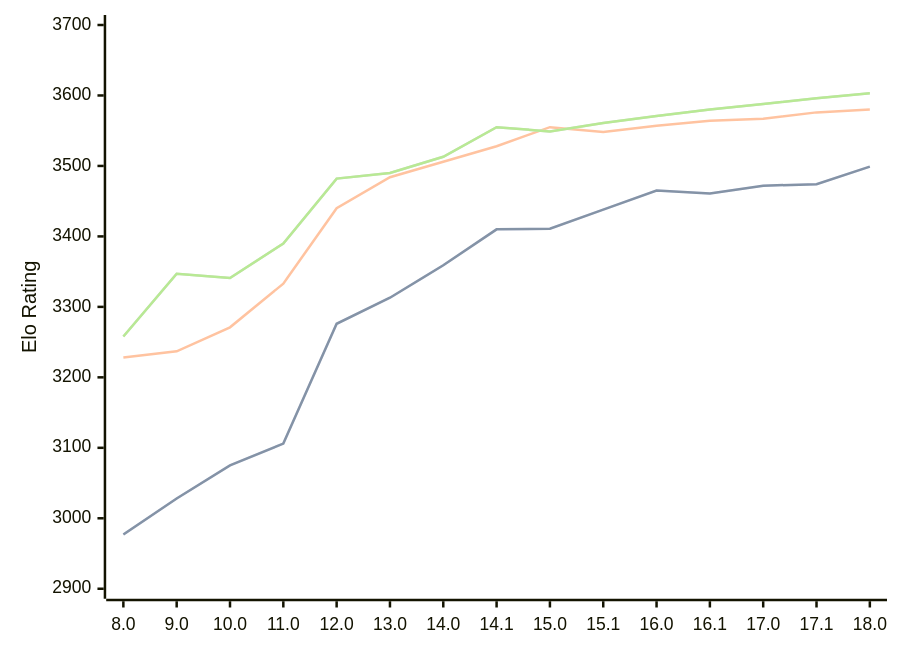
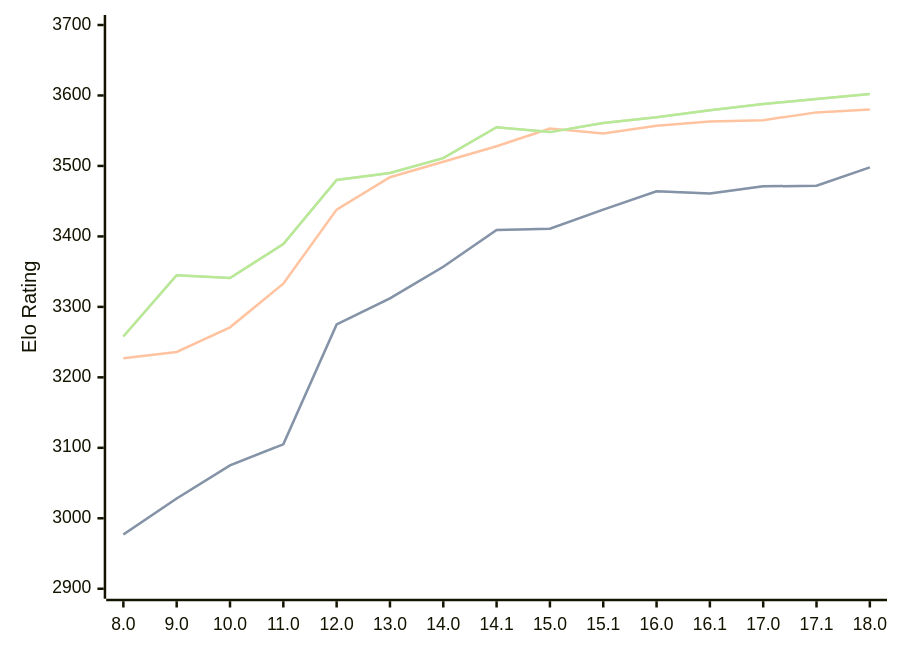
The diagram in engines/Stockfish.md (computer-chess-index/cci), drawn with Mermaid before and after one commit. The commit also changed other lines of this file, not shown here.

Commit message:
Update CCI Ratings (ELO VLTC) - 2026-08-03

````diff
--- a/engines/Stockfish.md
+++ b/engines/Stockfish.md
@@ -46,11 +46,11 @@
 ```mermaid
 %%{init: {"theme":"base","themeVariables":{"seriesColors:['#a3a3a3','#222221','#faa371']}}}%%
 xychart-beta
   x-axis ["8.0", "9.0", "10.0", "11.0", "12.0", "13.0", "14.0", "14.1", "15.0", "15.1", "16.0", "16.1", "17.0", "17.1", "18.0"]
   y-axis "Elo Rating" 2900 --> 3700
-  line "STC (8.0+0.08s)" [2977, 3028, 3075, 3106, 3276, 3313, 3359, 3410, 3411, 3438, 3465, 3461, 3472, 3474, 3499]
-  line "STC (8.0+0.08s)" [2977, 3028, 3075, 3106, 3276, 3313, 3359, 3410, 3411, 3438, 3465, 3461, 3472, 3474, 3499]
-  line "LTC (60.0+0.60s)" [3228, 3237, 3271, 3333, 3440, 3484, 3506, 3528, 3555, 3548, 3557, 3564, 3567, 3576, 3580]
-  line "VLTC (2m24s+1.12s)" [3258, 3347, 3341, 3390, 3482, 3490, 3513, 3555, 3549, 3561, 3571, 3580, 3588, 3596, 3603]
-  line "VLTC (2m24s+1.12s)" [3258, 3347, 3341, 3390, 3482, 3490, 3513, 3555, 3549, 3561, 3571, 3580, 3588, 3596, 3603]
+  line "STC (8.0+0.08s)" [2977, 3028, 3075, 3105, 3275, 3312, 3357, 3409, 3411, 3438, 3464, 3461, 3471, 3472, 3498]
+  line "STC (8.0+0.08s)" [2977, 3028, 3075, 3105, 3275, 3312, 3357, 3409, 3411, 3438, 3464, 3461, 3471, 3472, 3498]
+  line "LTC (60.0+0.60s)" [3227, 3236, 3271, 3333, 3438, 3484, 3506, 3528, 3553, 3546, 3557, 3563, 3565, 3576, 3580]
+  line "VLTC (2m24s+1.12s)" [3258, 3345, 3341, 3389, 3480, 3490, 3511, 3555, 3548, 3561, 3569, 3579, 3588, 3595, 3602]
+  line "VLTC (2m24s+1.12s)" [3258, 3345, 3341, 3389, 3480, 3490, 3511, 3555, 3548, 3561, 3569, 3579, 3588, 3595, 3602]
 ```
````
